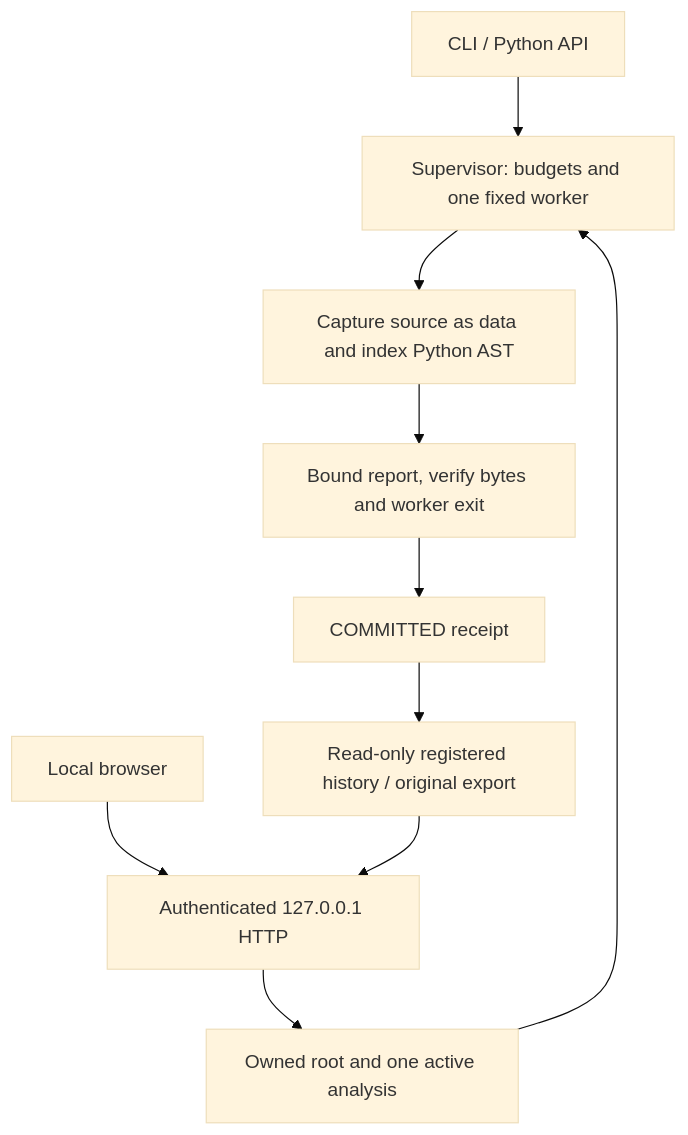
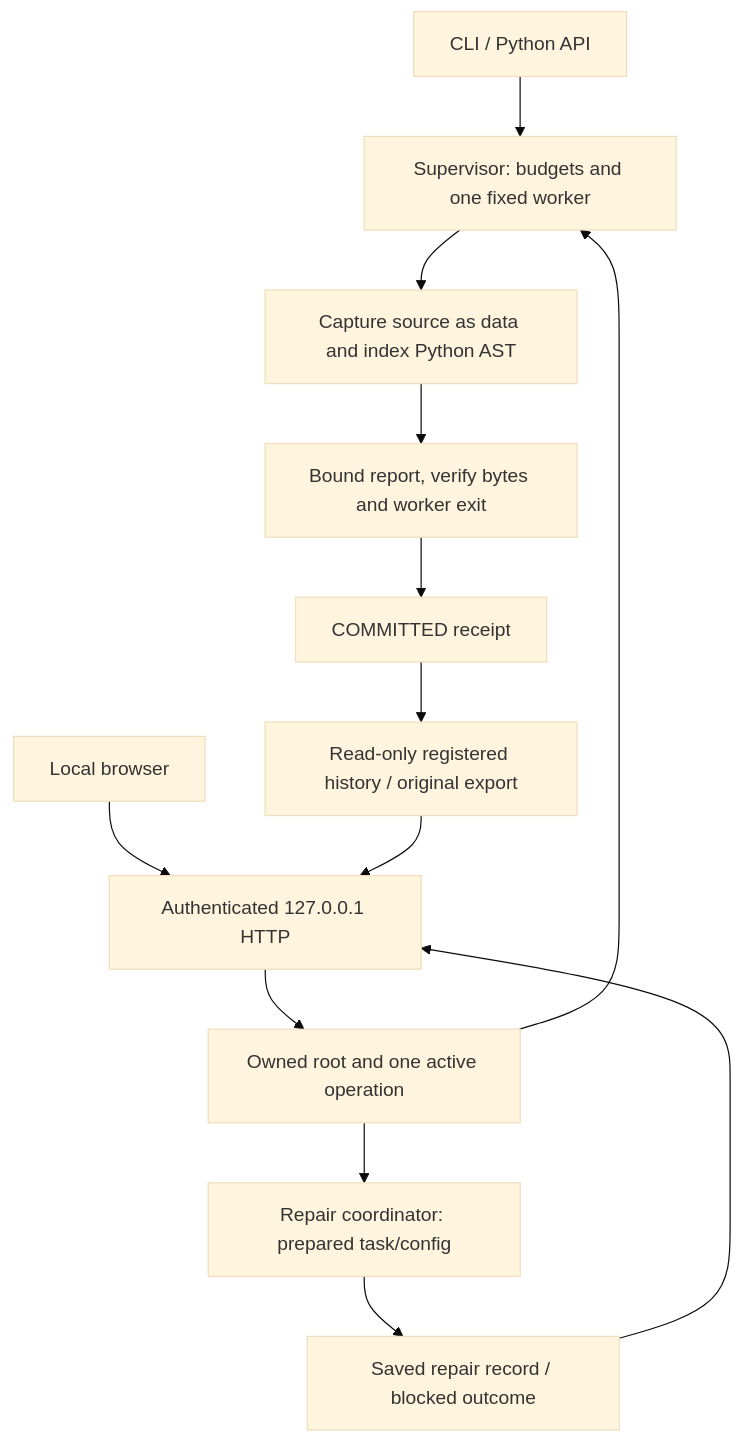
One commit to Oliveryfaso/multi-agent-code-review-lab changed the diagram in README.md. Above: the diagram before and after it, drawn with Mermaid (base theme). The commit also changed other lines of this file and 12 other files, not shown here.

First line of the commit message:
Connect the local workbench to the repair coordinator

````diff
--- a/README.md
+++ b/README.md
@@ -44,12 +44,15 @@
 ```mermaid
 flowchart TD
     CLI["CLI / Python API"] --> S["Supervisor: budgets and one fixed worker"]
     UI["Local browser"] --> H["Authenticated 127.0.0.1 HTTP"]
-    H --> O["Owned root and one active analysis"]
+    H --> O["Owned root and one active operation"]
     O --> S
+    O --> P["Repair coordinator: prepared task/config"]
+    P --> K["Saved repair record / blocked outcome"]
+    K --> H
     S --> C["Capture source as data and index Python AST"]
     C --> V["Bound report, verify bytes and worker exit"]
     V --> R["COMMITTED receipt"]
     R --> E["Read-only registered history / original export"]
     E --> H
 ```
````
